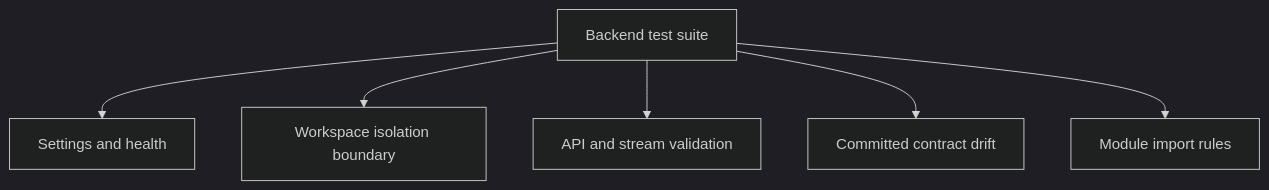
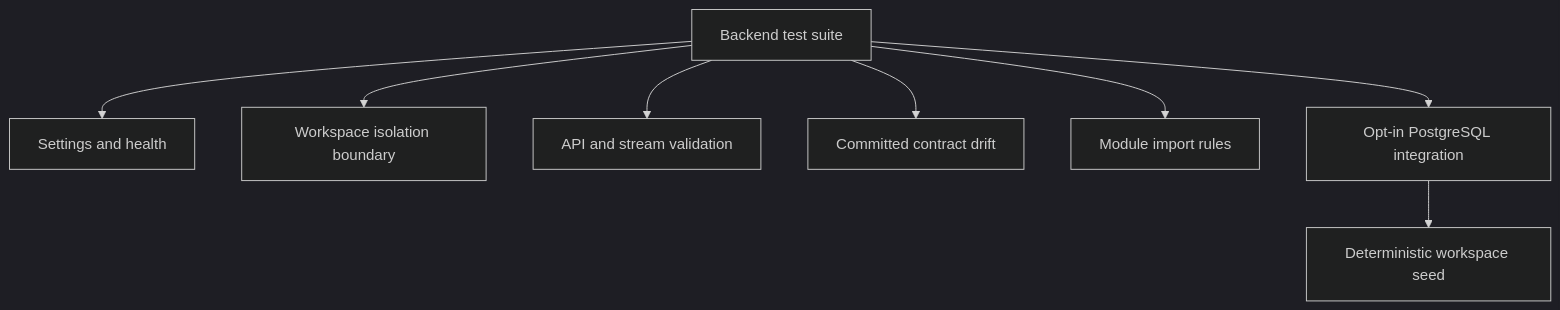
The diagram in backend/tests/README.md (rnkraus/investment-research), drawn with Mermaid (dark theme) before and after one commit. The commit also changed other lines of this file and 10 other files, not shown here.

Commit message:
feat(database): add idempotent M0.0 workspace seed

````diff
--- a/backend/tests/README.md
+++ b/backend/tests/README.md
@@ -15,8 +15,10 @@
 ```mermaid
 flowchart TD
     TESTS[Backend test suite] --> RUNTIME[Settings and health]
     TESTS --> IDENTITY[Workspace isolation boundary]
     TESTS --> CONTRACTS[API and stream validation]
     TESTS --> OPENAPI[Committed contract drift]
     TESTS --> ARCH[Module import rules]
+    TESTS --> POSTGRES[Opt-in PostgreSQL integration]
+    POSTGRES --> SEED[Deterministic workspace seed]
 ```
````
